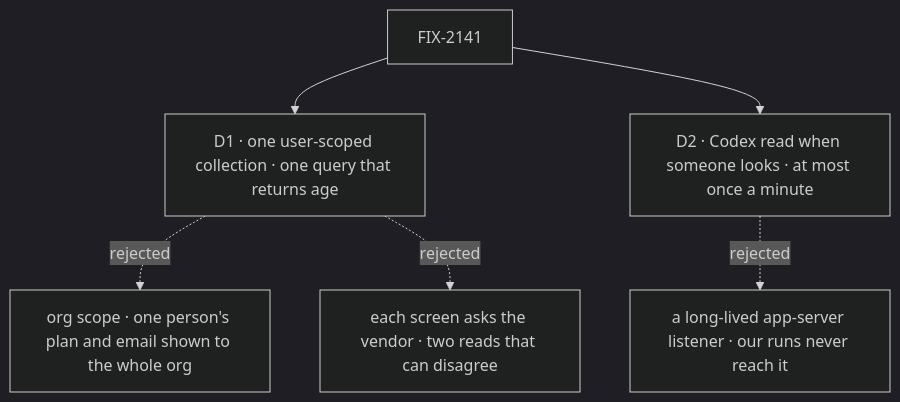
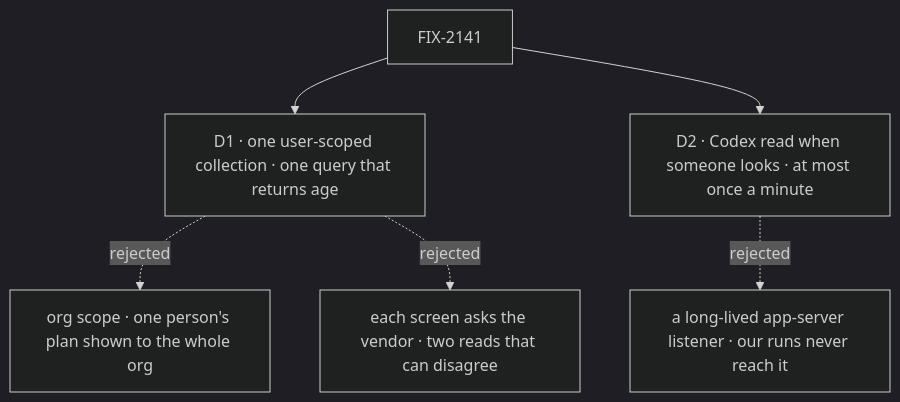
The diagram in specs/issues/FIX-2141/DECISIONS.md (fixpoint-labs/flow-state-dev), drawn with Mermaid (dark theme) before and after one commit. The commit also changed other lines of this file and 4 other files, not shown here.

````diff
--- a/specs/issues/FIX-2141/DECISIONS.md
+++ b/specs/issues/FIX-2141/DECISIONS.md
@@ -12,8 +12,8 @@
 ```mermaid
 flowchart TD
   I["FIX-2141"] --> D1["D1 · one user-scoped collection · one query that returns age"]
-  D1 -.->|"rejected"| X1["org scope · one person's plan and email shown to the whole org"]
+  D1 -.->|"rejected"| X1["org scope · one person's plan shown to the whole org"]
   D1 -.->|"rejected"| X2["each screen asks the vendor · two reads that can disagree"]
   I --> D2["D2 · Codex read when someone looks · at most once a minute"]
   D2 -.->|"rejected"| X3["a long-lived app-server listener · our runs never reach it"]
 ```
````
